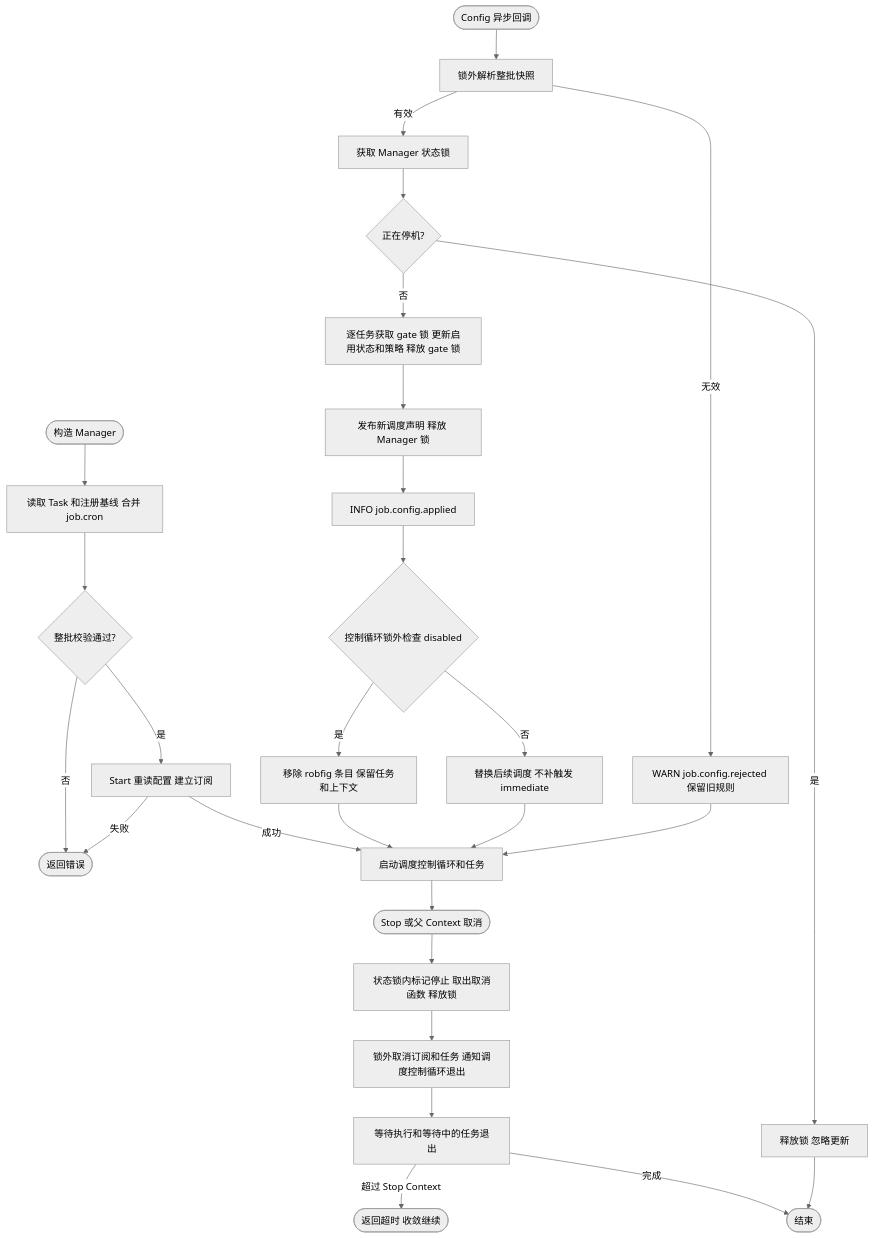
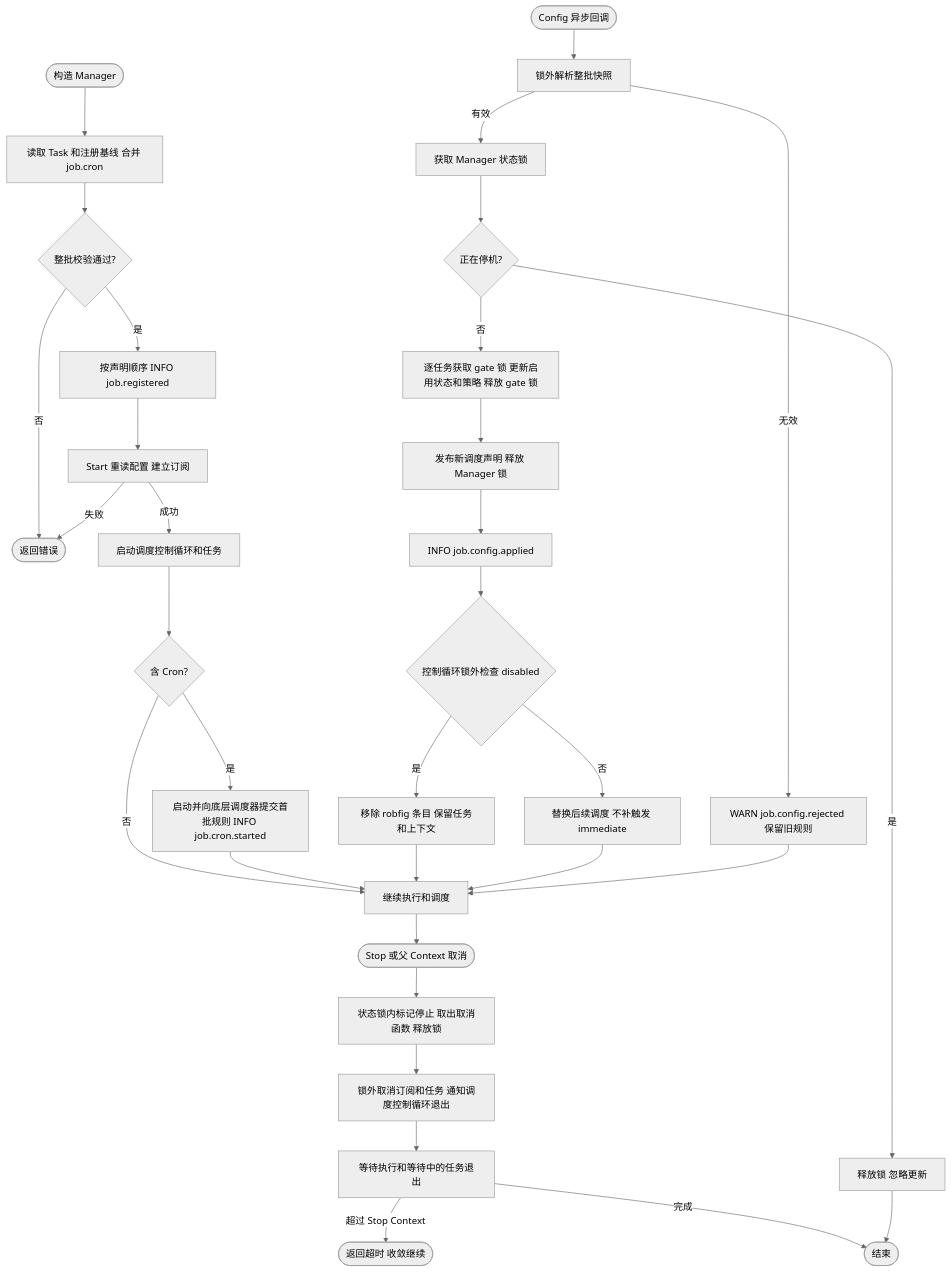
Before and after one commit to jaggerzhuang1994/kratos-foundation: the first of 6 diagrams in pkg/job/README.md, drawn with Mermaid (neutral theme). The commit also changed other lines of this file and 12 other files, not shown here.

````diff
--- a/pkg/job/README.md
+++ b/pkg/job/README.md
@@ -69,30 +69,35 @@
 ```mermaid
 flowchart TD
  A([构造 Manager]) --> B[读取 Task 和注册基线 合并 job.cron]
  B --> C{整批校验通过?}
  C -- 否 --> X([返回错误])
- C -- 是 --> D[Start 重读配置 建立订阅]
+ C -- 是 --> C1[按声明顺序 INFO job.registered]
+ C1 --> D[Start 重读配置 建立订阅]
  D -- 失败 --> X
  D -- 成功 --> E[启动调度控制循环和任务]
+ E --> E1{含 Cron?}
+ E1 -- 是 --> E2[启动并向底层调度器提交首批规则 INFO job.cron.started]
+ E1 -- 否 --> E3[继续执行和调度]
+ E2 --> E3
  U([Config 异步回调]) --> V[锁外解析整批快照]
  V -- 无效 --> W[WARN job.config.rejected 保留旧规则]
  V -- 有效 --> L[获取 Manager 状态锁]
  L --> S{正在停机?}
  S -- 是 --> Z[释放锁 忽略更新]
  S -- 否 --> G[逐任务获取 gate 锁 更新启用状态和策略 释放 gate 锁]
  G --> H[发布新调度声明 释放 Manager 锁]
  H --> I[INFO job.config.applied]
  I --> J{控制循环锁外检查 disabled}
  J -- 是 --> J1[移除 robfig 条目 保留任务和上下文]
  J -- 否 --> J2[替换后续调度 不补触发 immediate]
- J1 --> E
- J2 --> E
- W --> E
- E --> K([Stop 或父 Context 取消])
+ J1 --> E3
+ J2 --> E3
+ W --> E3
+ E3 --> K([Stop 或父 Context 取消])
  K --> M[状态锁内标记停止 取出取消函数 释放锁]
  M --> N[锁外取消订阅和任务 通知调度控制循环退出]
  N --> O[等待执行和等待中的任务退出]
  O -- 超过 Stop Context --> P([返回超时 收敛继续])
  O -- 完成 --> Q([结束])
  Z --> Q
 ```
````
